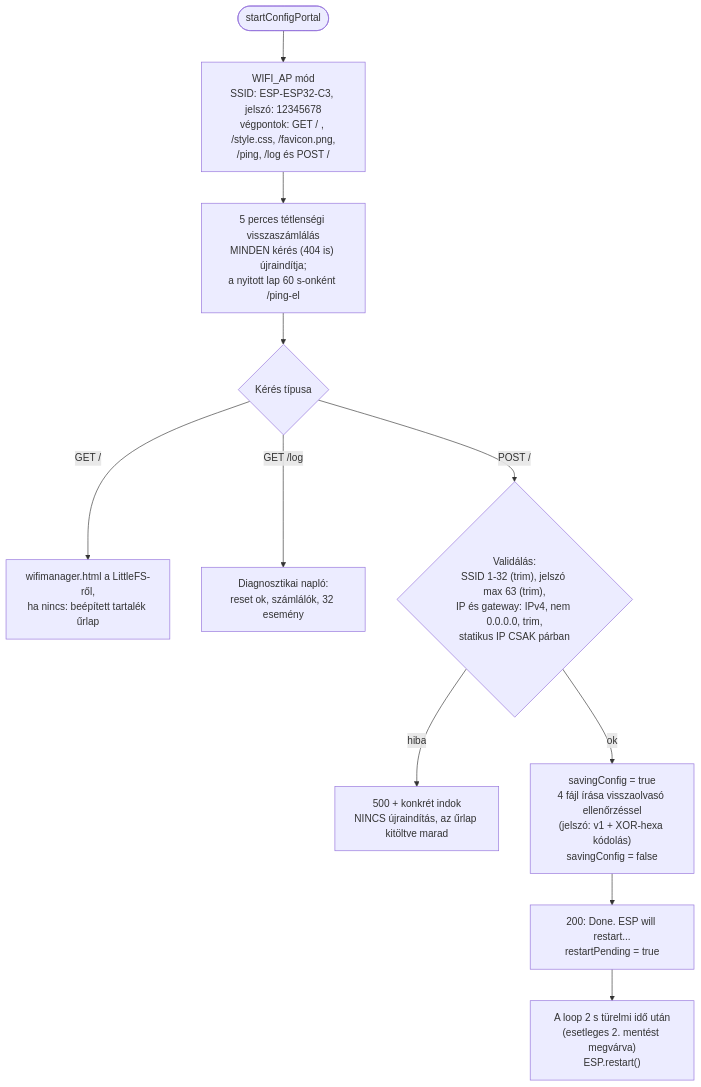
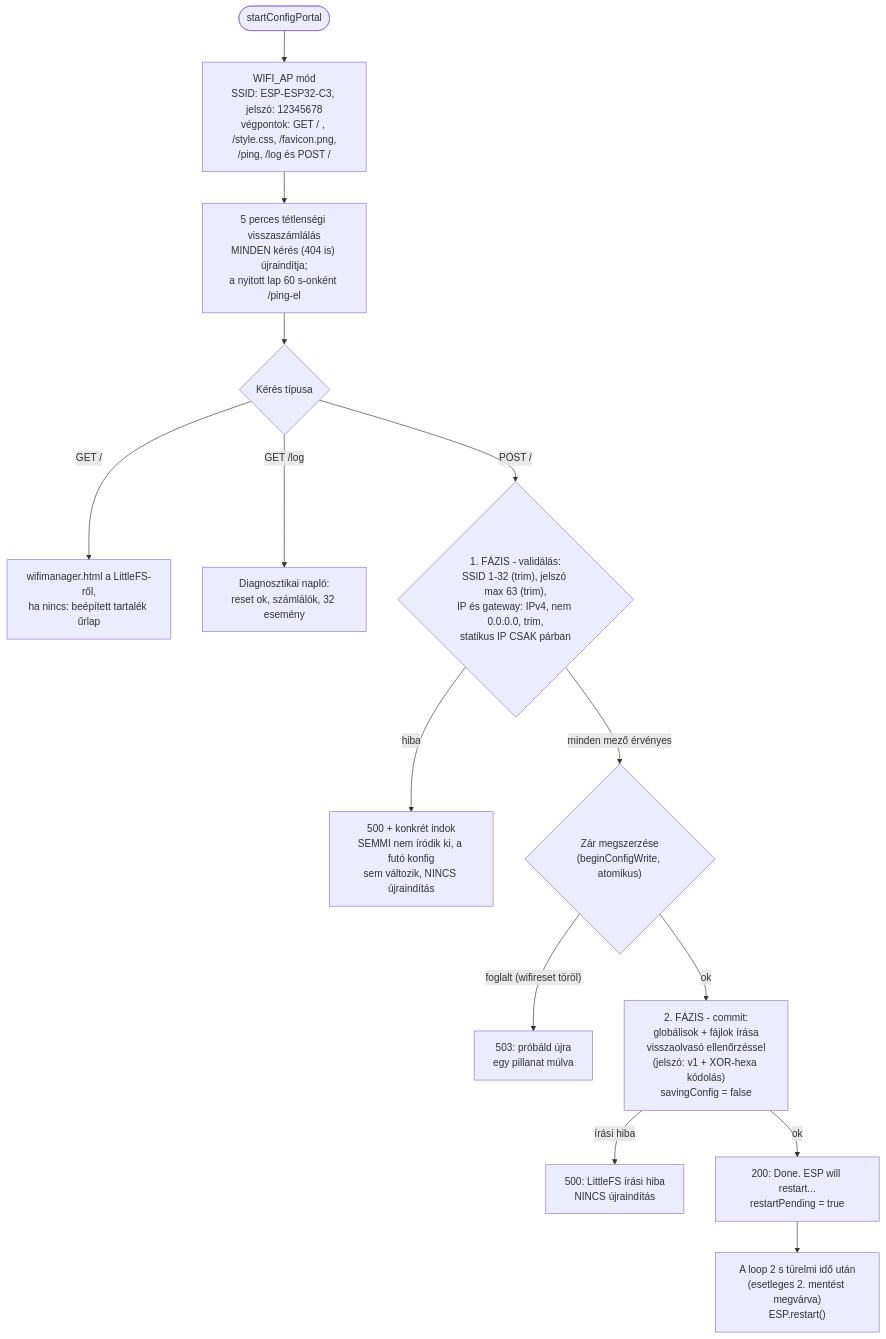
Before and after one commit to manszabi/bazsi-router-reboot: the seventh of 9 diagrams in FOLYAMATABRA.md, drawn with Mermaid. The commit also changed 7 other files, not shown here.

````diff
--- a/FOLYAMATABRA.md
+++ b/FOLYAMATABRA.md
@@ -192,13 +192,16 @@
 ```mermaid
 flowchart TD
     IN([startConfigPortal]) --> AP["WIFI_AP mód<br>SSID: ESP-ESP32-C3, jelszó: 12345678<br>végpontok: GET / , /style.css, /favicon.png,<br>/ping, /log és POST /"]
     AP --> IDLE["5 perces tétlenségi visszaszámlálás<br>MINDEN kérés (404 is) újraindítja;<br>a nyitott lap 60 s-onként /ping-el"]
     IDLE --> REQ{Kérés típusa}
     REQ -->|"GET /"| FORM["wifimanager.html a LittleFS-ről,<br>ha nincs: beépített tartalék űrlap"]
     REQ -->|"GET /log"| LOG["Diagnosztikai napló:<br>reset ok, számlálók, 32 esemény"]
-    REQ -->|"POST /"| VAL{"Validálás:<br>SSID 1-32 (trim), jelszó max 63 (trim),<br>IP és gateway: IPv4, nem 0.0.0.0, trim,<br>statikus IP CSAK párban"}
-    VAL -->|hiba| E500["500 + konkrét indok<br>NINCS újraindítás, az űrlap kitöltve marad"]
-    VAL -->|ok| SAVE["savingConfig = true<br>4 fájl írása visszaolvasó ellenőrzéssel<br>(jelszó: v1 + XOR-hexa kódolás)<br>savingConfig = false"]
-    SAVE --> R200["200: Done. ESP will restart...<br>restartPending = true"]
+    REQ -->|"POST /"| VAL{"1. FÁZIS - validálás:<br>SSID 1-32 (trim), jelszó max 63 (trim),<br>IP és gateway: IPv4, nem 0.0.0.0, trim,<br>statikus IP CSAK párban"}
+    VAL -->|hiba| E500["500 + konkrét indok<br>SEMMI nem íródik ki, a futó konfig<br>sem változik, NINCS újraindítás"]
+    VAL -->|"minden mező érvényes"| LOCK{"Zár megszerzése<br>(beginConfigWrite, atomikus)"}
+    LOCK -->|"foglalt (wifireset töröl)"| E503["503: próbáld újra<br>egy pillanat múlva"]
+    LOCK -->|ok| SAVE["2. FÁZIS - commit:<br>globálisok + fájlok írása<br>visszaolvasó ellenőrzéssel<br>(jelszó: v1 + XOR-hexa kódolás)<br>savingConfig = false"]
+    SAVE -->|"írási hiba"| E500W["500: LittleFS írási hiba<br>NINCS újraindítás"]
+    SAVE -->|ok| R200["200: Done. ESP will restart...<br>restartPending = true"]
     R200 --> DEF["A loop 2 s türelmi idő után<br>(esetleges 2. mentést megvárva)<br>ESP.restart()"]
 ```
````
